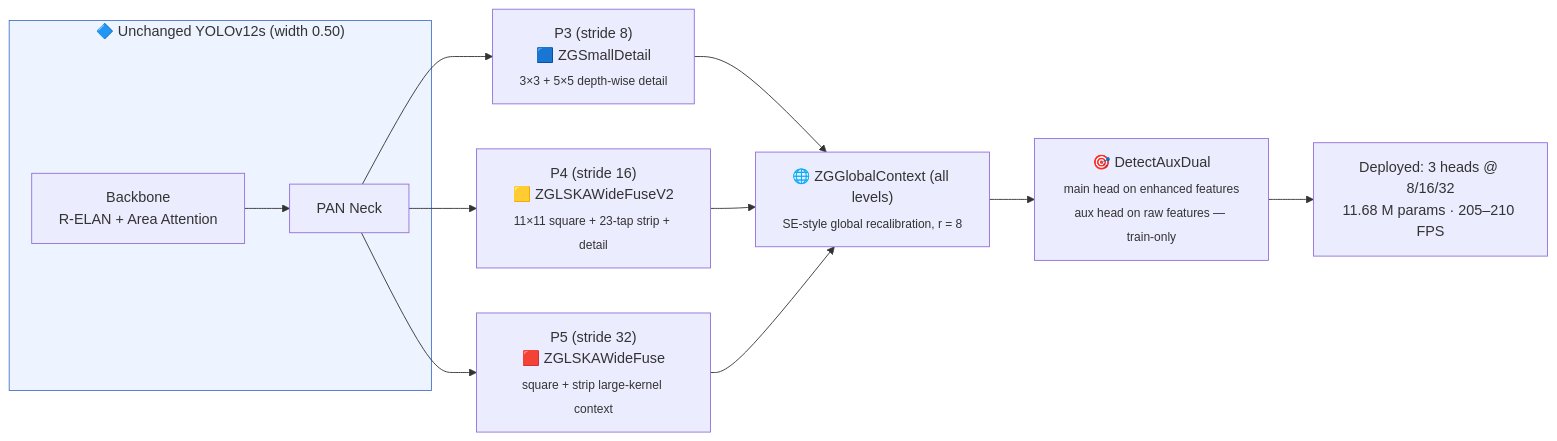
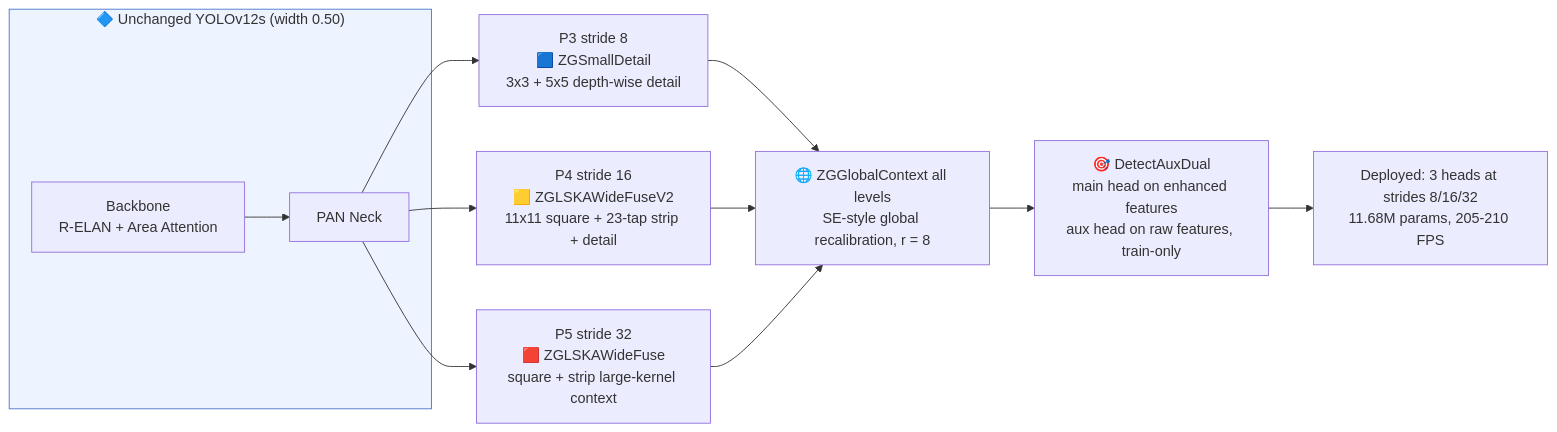
Before and after one commit to CostiCatargiu/Yolov12_WeaponDetection: the second of 6 diagrams in Readme.md, drawn with Mermaid. The commit also changed other lines of this file, not shown here.

````diff
--- a/Readme.md
+++ b/Readme.md
@@ -346,15 +346,15 @@
 ```mermaid
 flowchart LR
     subgraph BASE["🔷 Unchanged YOLOv12s (width 0.50)"]
         BB["Backbone<br>R-ELAN + Area Attention"] --> NK["PAN Neck"]
     end
-    NK --> M3["P3 (stride 8)<br>🟦 ZGSmallDetail<br><sub>3×3 + 5×5 depth-wise detail</sub>"]
-    NK --> M4["P4 (stride 16)<br>🟨 ZGLSKAWideFuseV2<br><sub>11×11 square + 23-tap strip + detail</sub>"]
-    NK --> M5["P5 (stride 32)<br>🟥 ZGLSKAWideFuse<br><sub>square + strip large-kernel context</sub>"]
-    M3 --> G["🌐 ZGGlobalContext (all levels)<br><sub>SE-style global recalibration, r = 8</sub>"]
+    NK --> M3["P3 stride 8<br>🟦 ZGSmallDetail<br>3x3 + 5x5 depth-wise detail"]
+    NK --> M4["P4 stride 16<br>🟨 ZGLSKAWideFuseV2<br>11x11 square + 23-tap strip + detail"]
+    NK --> M5["P5 stride 32<br>🟥 ZGLSKAWideFuse<br>square + strip large-kernel context"]
+    M3 --> G["🌐 ZGGlobalContext all levels<br>SE-style global recalibration, r = 8"]
     M4 --> G
     M5 --> G
-    G --> H["🎯 DetectAuxDual<br><sub>main head on enhanced features<br>aux head on raw features — train-only</sub>"]
-    H --> OUT["Deployed: 3 heads @ 8/16/32<br>11.68 M params · 205–210 FPS"]
+    G --> H["🎯 DetectAuxDual<br>main head on enhanced features<br>aux head on raw features, train-only"]
+    H --> OUT["Deployed: 3 heads at strides 8/16/32<br>11.68M params, 205-210 FPS"]
     style BASE fill:#eef4ff,stroke:#4a76c9
 ```
````
